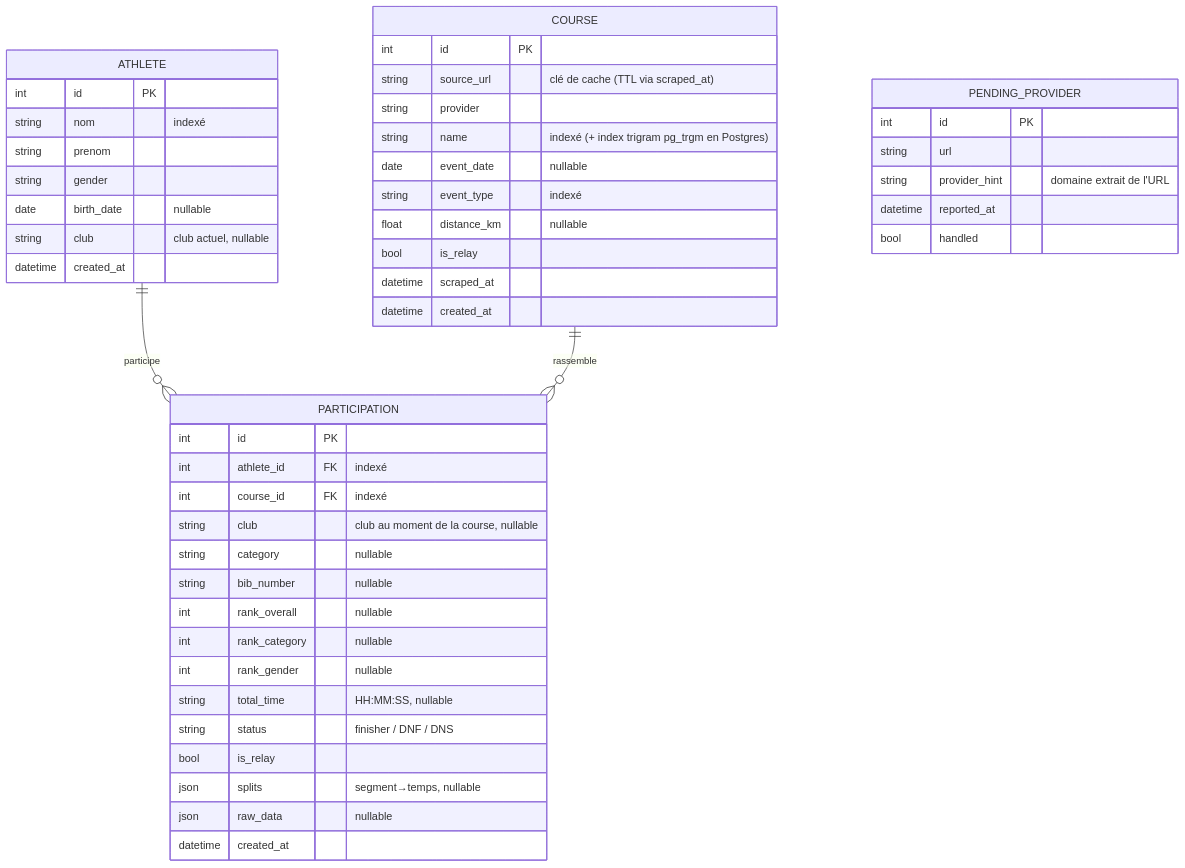
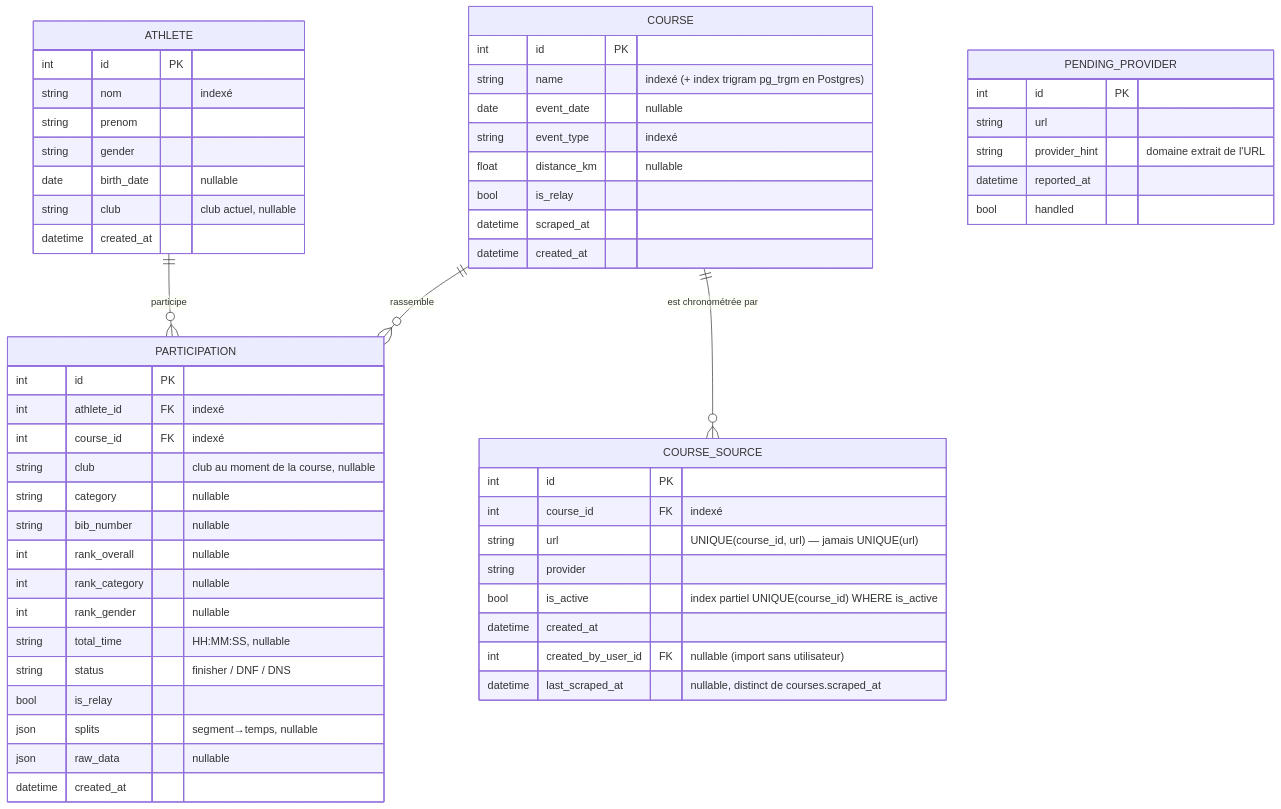
The diagram in docs/modele-donnees.md (Triathlon-Club-Nantais/data-triathlon), drawn with Mermaid before and after one commit. The commit also changed other lines of this file and 9 other files, not shown here.

````diff
--- a/docs/modele-donnees.md
+++ b/docs/modele-donnees.md
@@ -29,54 +35,64 @@
 ```mermaid
 erDiagram
     ATHLETE ||--o{ PARTICIPATION : "participe"
     COURSE  ||--o{ PARTICIPATION : "rassemble"
+    COURSE  ||--o{ COURSE_SOURCE : "est chronométrée par"
 
     ATHLETE {
         int id PK
         string nom "indexé"
         string prenom
         string gender
         date birth_date "nullable"
         string club "club actuel, nullable"
         datetime created_at
     }
 
     COURSE {
         int id PK
-        string source_url "clé de cache (TTL via scraped_at)"
-        string provider
         string name "indexé (+ index trigram pg_trgm en Postgres)"
         date event_date "nullable"
         string event_type "indexé"
         float distance_km "nullable"
         bool is_relay
         datetime scraped_at
         datetime created_at
+    }
+
+    COURSE_SOURCE {
+        int id PK
+        int course_id FK "indexé"
+        string url "UNIQUE(course_id, url) — jamais UNIQUE(url)"
+        string provider
+        bool is_active "index partiel UNIQUE(course_id) WHERE is_active"
+        datetime created_at
+        int created_by_user_id FK "nullable (import sans utilisateur)"
+        datetime last_scraped_at "nullable, distinct de courses.scraped_at"
     }
 
     PARTICIPATION {
         int id PK
         int athlete_id FK "indexé"
         int course_id FK "indexé"
         string club "club au moment de la course, nullable"
         string category "nullable"
         string bib_number "nullable"
         int rank_overall "nullable"
         int rank_category "nullable"
         int rank_gender "nullable"
         string total_time "HH:MM:SS, nullable"
         string status "finisher / DNF / DNS"
         bool is_relay
         json splits "segment→temps, nullable"
         json raw_data "nullable"
         datetime created_at
     }
 
     PENDING_PROVIDER {
         int id PK
         string url
         string provider_hint "domaine extrait de l'URL"
         datetime reported_at
         bool handled
     }
 ```
````
